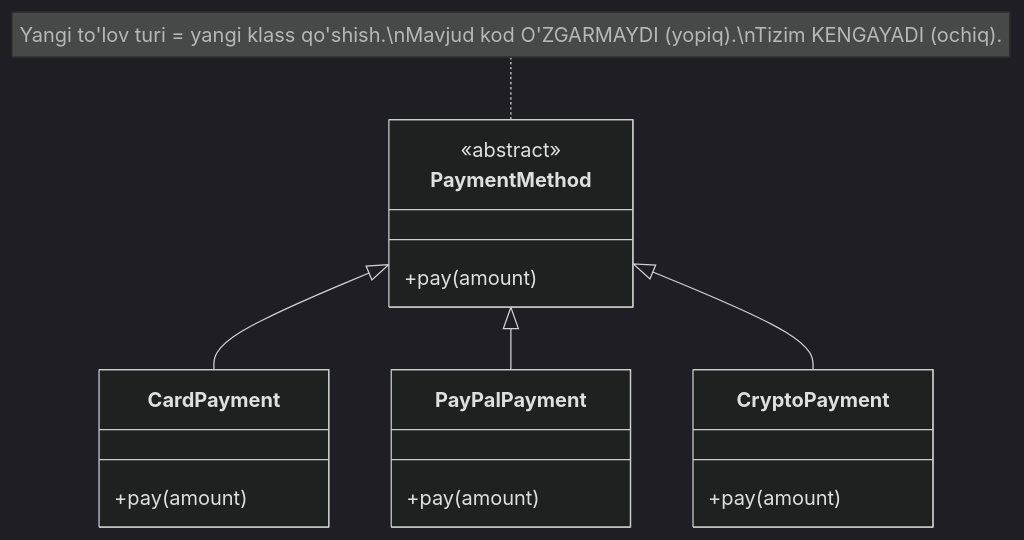
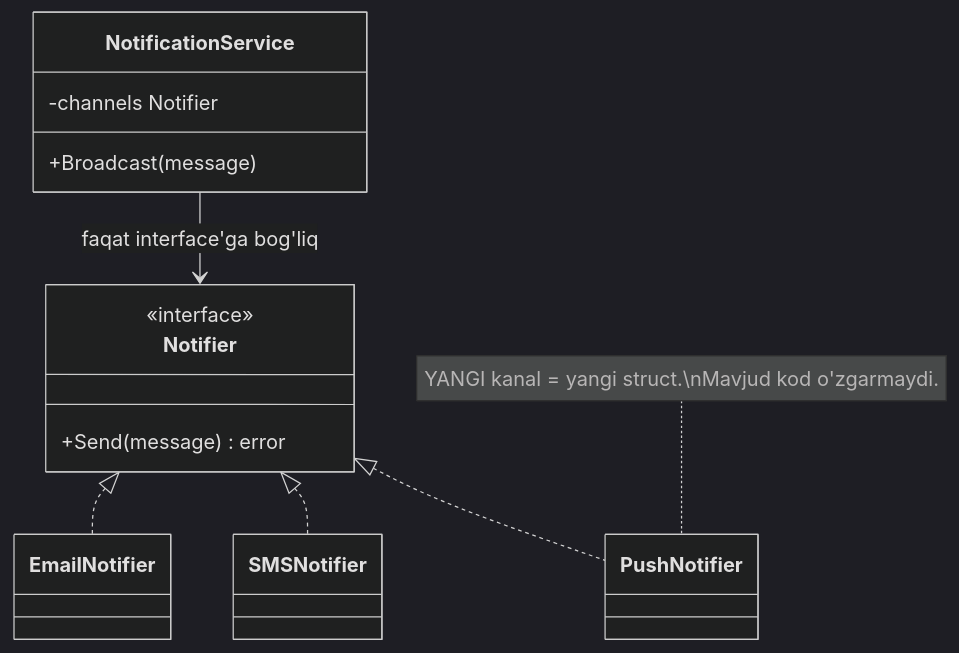
Before and after one commit to Otajonoov/dev: the second of 2 diagrams in Patterns/1. Design Patterns/1. S.O.L.I.D/2. O.md, drawn with Mermaid (dark theme). The commit also changed other lines of this file and 377 other files, not shown here.

````diff
--- a/Patterns/1. Design Patterns/1. S.O.L.I.D/2. O.md
+++ b/Patterns/1. Design Patterns/1. S.O.L.I.D/2. O.md
@@ -55,22 +241,19 @@
 ```mermaid
 classDiagram
-    class PaymentMethod {
-        <<abstract>>
-        +pay(amount)
+    class Notifier {
+        <<interface>>
+        +Send(message) error
     }
-    class CardPayment {
-        +pay(amount)
+    class NotificationService {
+        -channels Notifier
+        +Broadcast(message)
     }
-    class PayPalPayment {
-        +pay(amount)
-    }
-    class CryptoPayment {
-        +pay(amount)
-    }
-
-    PaymentMethod <|-- CardPayment
-    PaymentMethod <|-- PayPalPayment
-    PaymentMethod <|-- CryptoPayment
-
-    note for PaymentMethod "Yangi to'lov turi = yangi klass qo'shish.\nMavjud kod O'ZGARMAYDI (yopiq).\nTizim KENGAYADI (ochiq)."
+    class EmailNotifier
+    class SMSNotifier
+    class PushNotifier
+    NotificationService --> Notifier : faqat interface'ga bog'liq
+    Notifier <|.. EmailNotifier
+    Notifier <|.. SMSNotifier
+    Notifier <|.. PushNotifier
+    note for PushNotifier "YANGI kanal = yangi struct.\nMavjud kod o'zgarmaydi."
 ```
````
